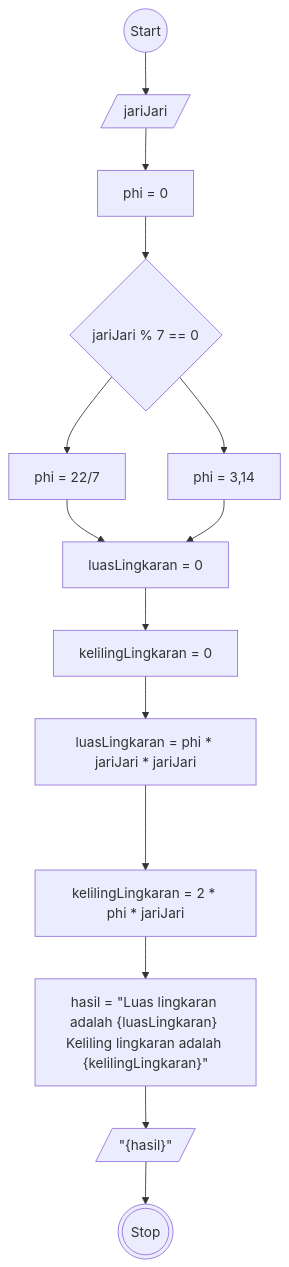
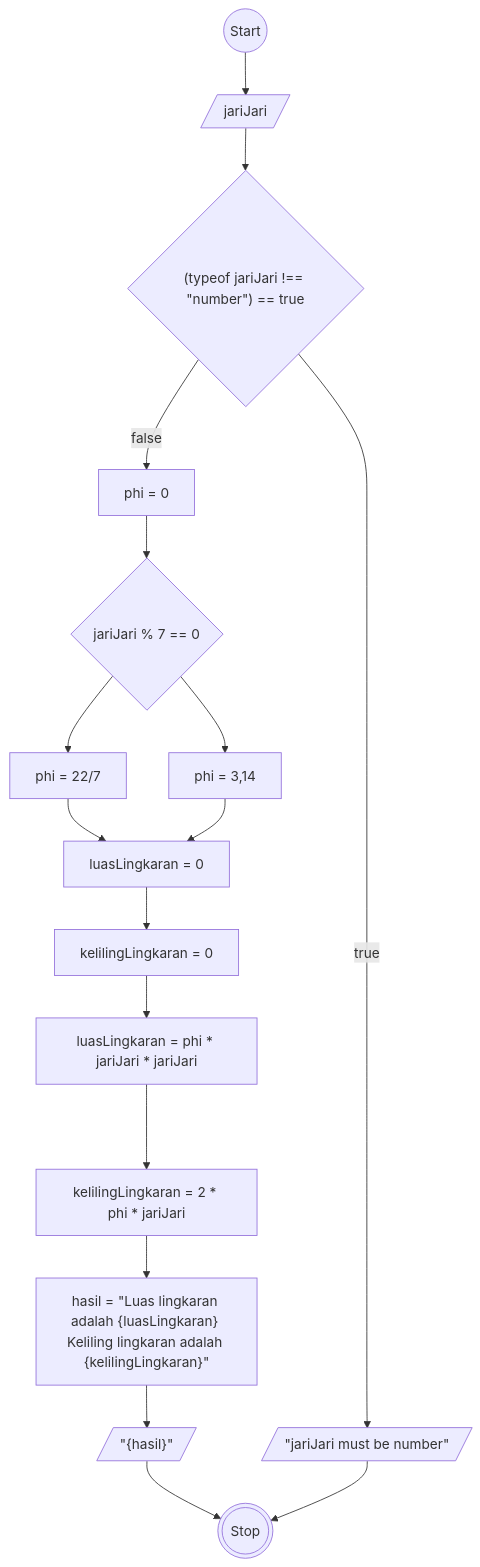
The diagram in readme.md (almarufh/Koda-B8-JavaScript1), drawn with Mermaid before and after one commit. The commit also changed 1 other file, not shown here.

````diff
--- a/readme.md
+++ b/readme.md
@@ -5,22 +5,27 @@
 ```mermaid
 flowchart TD
 A@{ shape: circle, label: Start }
 B@{ shape: lean-r, label: jariJari}
 C@{ shape: rect, label: phi = 0 }
 D@{ shape: rect, label: "luasLingkaran = 0" }
 E@{ shape: rect, label: "kelilingLingkaran = 0" }
 F@{ shape: rect, label: "luasLingkaran = phi * jariJari * jariJari" }
 G@{ shape: rect, label: "kelilingLingkaran = 2 * phi * jariJari" }
 H@{ shape: rect, label: 'hasil = "Luas lingkaran adalah {luasLingkaran} Keliling lingkaran adalah {kelilingLingkaran}"' }
 I@{ shape: lean-r, label: '"{hasil}"' }
 J@{ shape: dbl-circ, label: Stop }
 K@{ shape: diamond, label: "jariJari % 7 == 0" }
-L@{ shape: rect, label: "phi = 22/7"}
-M@{ shape: rect, label: "phi = 3,14"}
+L@{ shape: rect, label: "phi = 22/7" }
+M@{ shape: rect, label: "phi = 3,14" }
+N@{ shape: diamond, label: '(typeof jariJari !== "number") == true' }
+O@{ shape: lean-r, label: '"jariJari must be number"' }
 
-A --> B --> C 
+A --> B 
+N --false--> C 
 C --> K --> L --> D
 K --> M
 M --> D --> E --> F ---> G --> H --> I --> J
 
+B --> N --true--> O --> J
+
 ```
````
